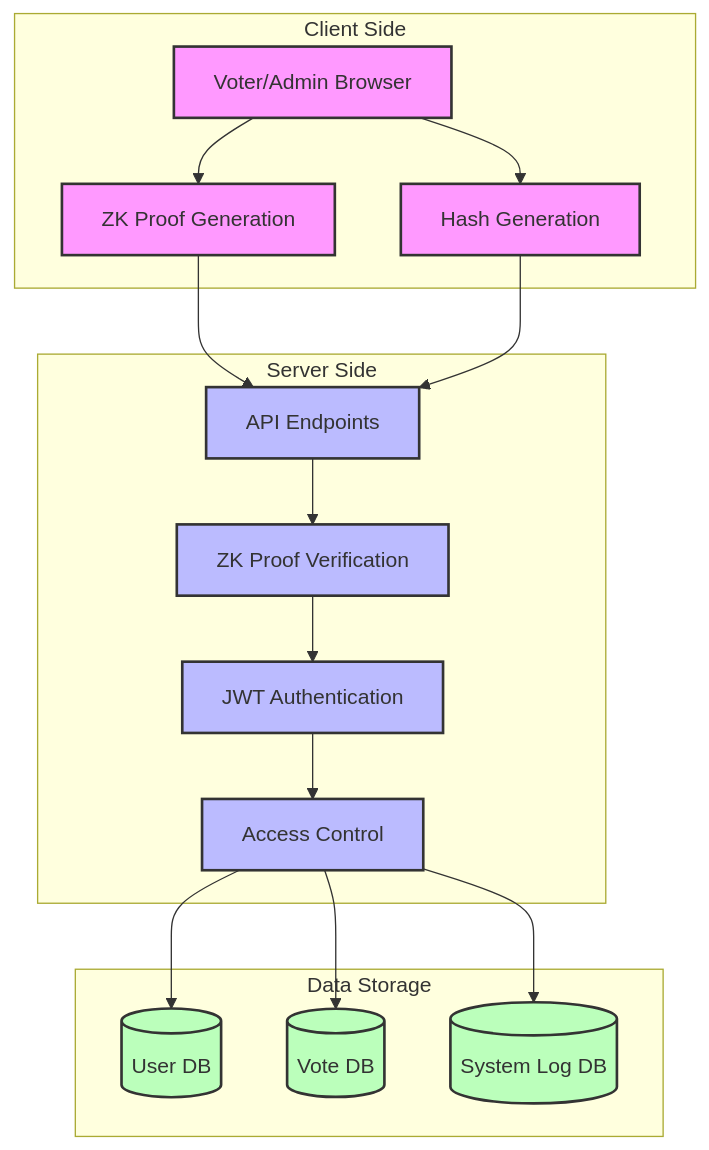
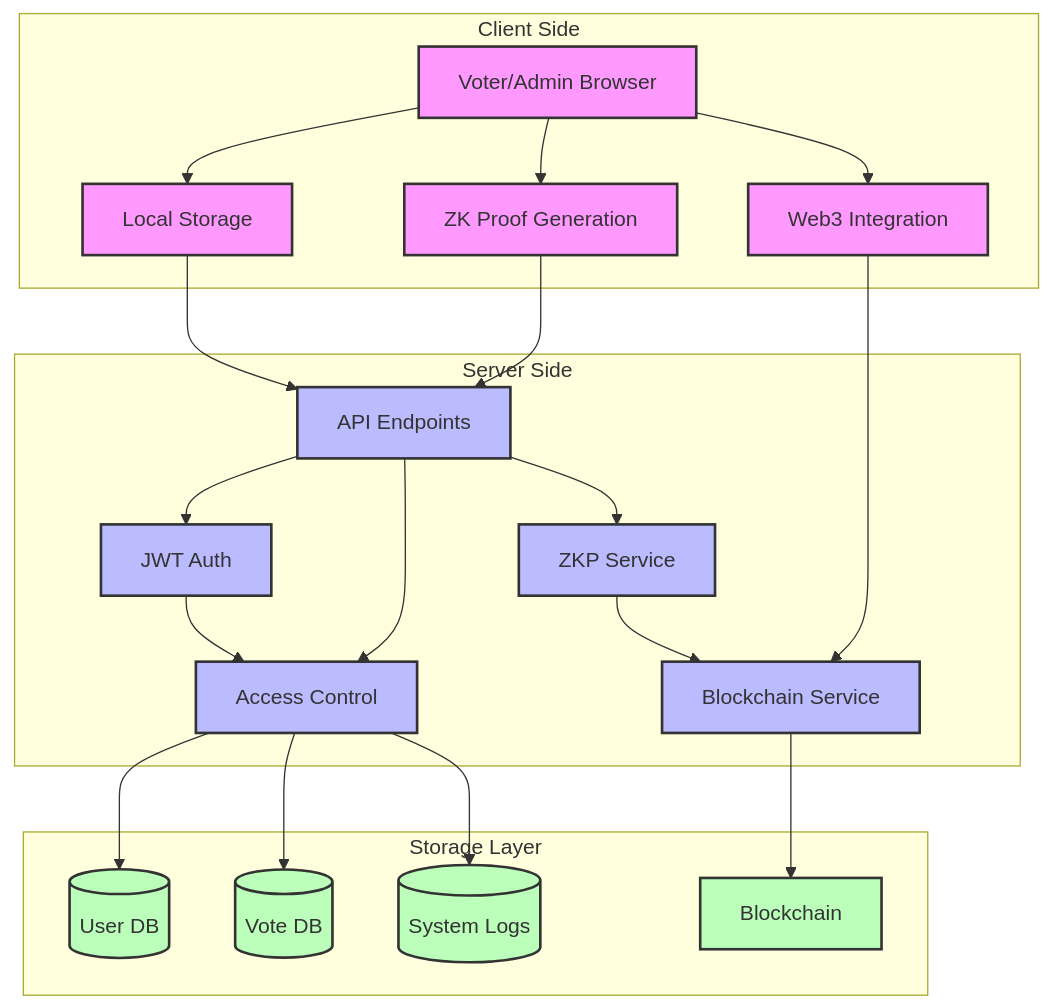
The fourth of 4 diagrams in ZKP-FLOW-DIAGRAM.md (talatops/ZKP-SNARK-VOTING), drawn with Mermaid before and after one commit. The commit also changed other lines of this file and 2 other files, not shown here.

Commit message:
docs: update ZKP documentation with current implementation details

````diff
--- a/ZKP-FLOW-DIAGRAM.md
+++ b/ZKP-FLOW-DIAGRAM.md
@@ -106,40 +121,48 @@
 ```mermaid
 flowchart TB
     subgraph "Client Side"
         A[Voter/Admin Browser]
         B[ZK Proof Generation]
-        C[Hash Generation]
+        C[Local Storage]
+        D[Web3 Integration]
     end
     
     subgraph "Server Side"
-        D[API Endpoints]
-        E[ZK Proof Verification]
-        F[JWT Authentication]
-        G[Access Control]
+        E[API Endpoints]
+        F[ZKP Service]
+        G[JWT Auth]
+        H[Access Control]
+        I[Blockchain Service]
     end
     
-    subgraph "Data Storage"
-        H[(User DB)]
-        I[(Vote DB)]
-        J[(System Log DB)]
+    subgraph "Storage Layer"
+        J[(User DB)]
+        K[(Vote DB)]
+        L[(System Logs)]
+        M[Blockchain]
     end
     
     A --> B
     A --> C
-    B --> D
-    C --> D
-    D --> E
+    A --> D
+    B --> E
+    C --> E
+    D --> I
     E --> F
-    F --> G
+    E --> G
+    E --> H
+    F --> I
     G --> H
-    G --> I
-    G --> J
+    H --> J
+    H --> K
+    H --> L
+    I --> M
     
     classDef clientNodes fill:#f9f,stroke:#333,stroke-width:2px;
     classDef serverNodes fill:#bbf,stroke:#333,stroke-width:2px;
-    classDef dbNodes fill:#bfb,stroke:#333,stroke-width:2px;
+    classDef storageNodes fill:#bfb,stroke:#333,stroke-width:2px;
     
-    class A,B,C clientNodes;
-    class D,E,F,G serverNodes;
-    class H,I,J dbNodes;
+    class A,B,C,D clientNodes;
+    class E,F,G,H,I serverNodes;
+    class J,K,L,M storageNodes;
 ```
````
